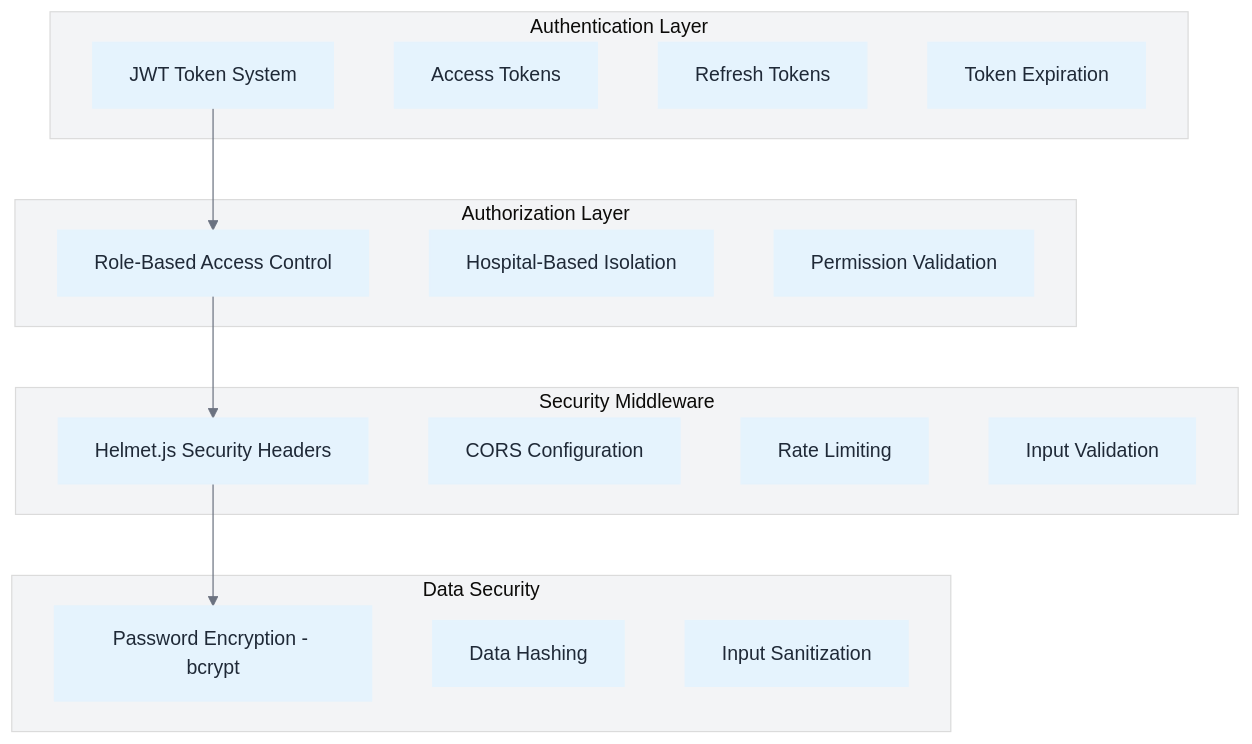
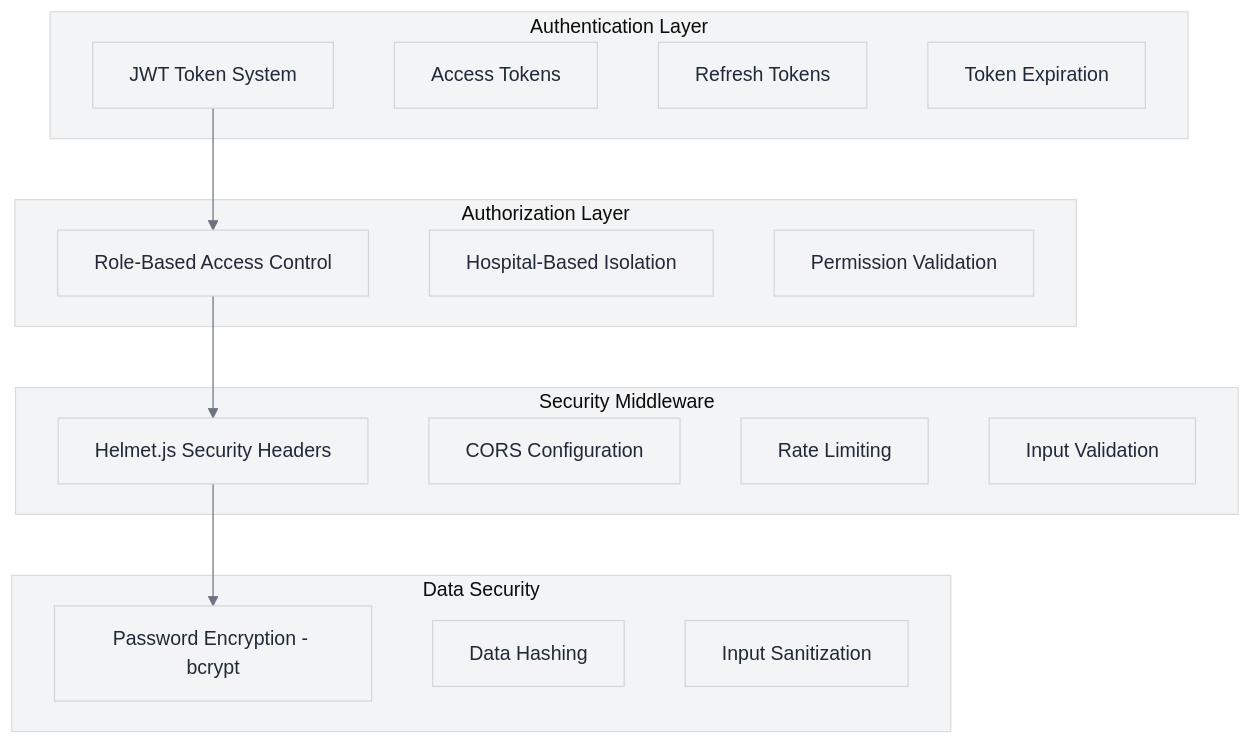
One commit to rohit-879/test changed the eighth of 9 diagrams in readme.md. Above: the diagram before and after it, drawn with Mermaid. The commit also changed other lines of this file, not shown here.

````diff
--- a/readme.md
+++ b/readme.md
@@ -583,33 +583,33 @@
 ```mermaid
-%%{init: {'theme':'base', 'themeVariables': {'primaryColor': '#E5F3FD', 'primaryTextColor': '#1f2937', 'primaryBorderColor': '#E5F3FD', 'lineColor': '#6b7280', 'secondaryColor': '#e5e7eb', 'tertiaryColor': '#f3f4f6'}}}%%
+%%{init: {'theme':'base', 'themeVariables': {'primaryColor': '#f3f4f6', 'primaryTextColor': '#1f2937', 'primaryBorderColor': '#d1d5db', 'lineColor': '#6b7280', 'secondaryColor': '#e5e7eb', 'tertiaryColor': '#f3f4f6'}}}%%
 graph TB
     subgraph "Authentication Layer"
         JWT[JWT Token System]
         ACCESS[Access Tokens]
         REFRESH[Refresh Tokens]
         EXPIRE[Token Expiration]
     end
     
     subgraph "Authorization Layer"
         RBAC[Role-Based Access Control]
         HOSP[Hospital-Based Isolation]
         PERM[Permission Validation]
     end
     
     subgraph "Security Middleware"
         HELMET[Helmet.js Security Headers]
         CORS_SEC[CORS Configuration]
         RATE_LIM[Rate Limiting]
         INPUT_VAL[Input Validation]
     end
     
     subgraph "Data Security"
         ENCRYPT[Password Encryption - bcrypt]
         HASH[Data Hashing]
         SANITIZE[Input Sanitization]
     end
     
     JWT --> RBAC
     RBAC --> HELMET
     HELMET --> ENCRYPT
 ```
````
